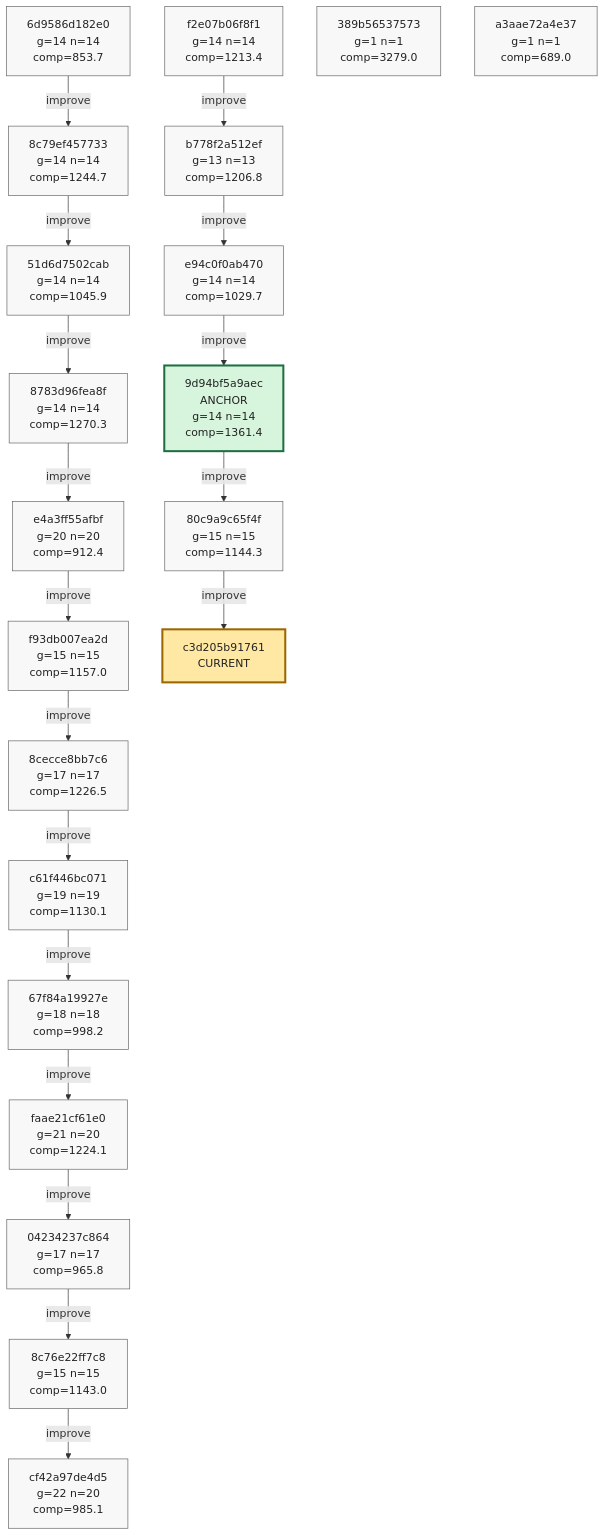
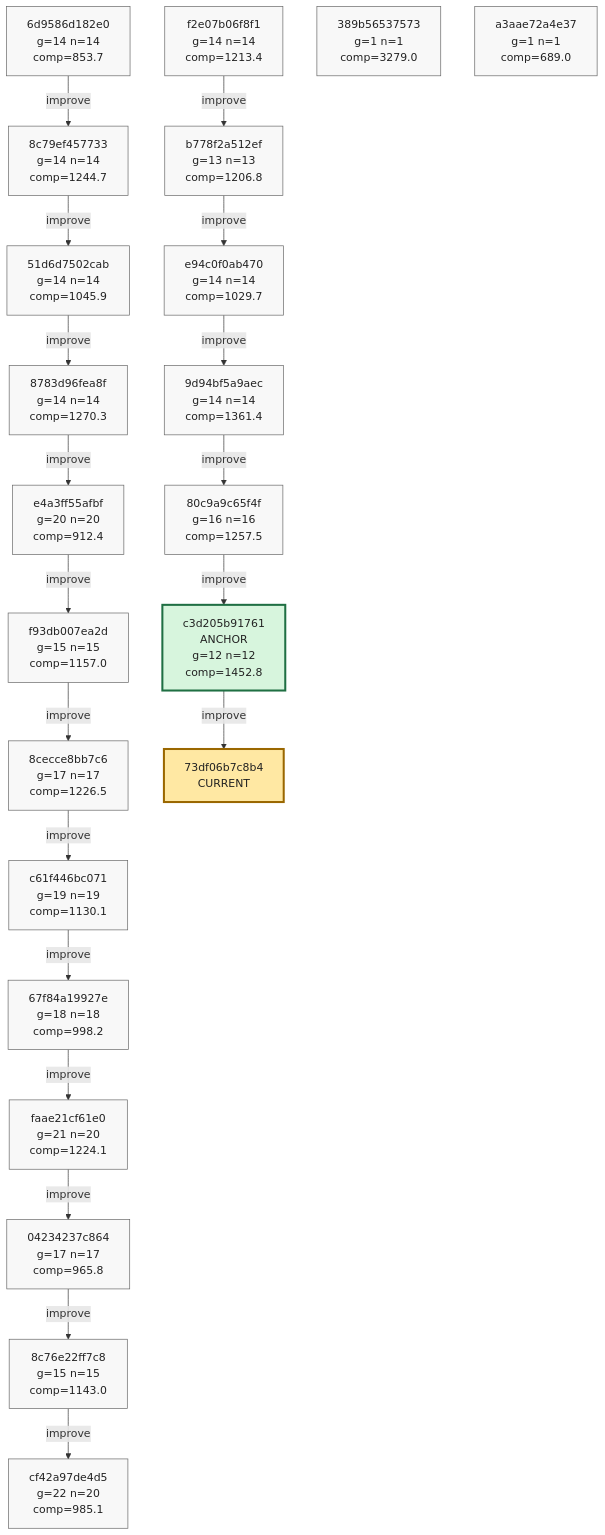
The eighth of 8 diagrams in phyrogenetic-tree.md (azumag/soviet_now), drawn with Mermaid before and after one commit. The commit also changed other lines of this file and 2 other files, not shown here.

Commit message:
eloop Improve after 12 games (scores: 4327 1793 756 1169 1195 2252 1768 3338 1450 1781 446 1252)

````diff
--- a/phyrogenetic-tree.md
+++ b/phyrogenetic-tree.md
@@ -1909,69 +1910,72 @@
 ```mermaid
 flowchart TD
     h_6d9586d182e0["6d9586d182e0<br/>g=14 n=14<br/>comp=853.7"]
     h_8c79ef457733["8c79ef457733<br/>g=14 n=14<br/>comp=1244.7"]
     h_51d6d7502cab["51d6d7502cab<br/>g=14 n=14<br/>comp=1045.9"]
     h_8783d96fea8f["8783d96fea8f<br/>g=14 n=14<br/>comp=1270.3"]
     h_e4a3ff55afbf["e4a3ff55afbf<br/>g=20 n=20<br/>comp=912.4"]
     h_f93db007ea2d["f93db007ea2d<br/>g=15 n=15<br/>comp=1157.0"]
     h_8cecce8bb7c6["8cecce8bb7c6<br/>g=17 n=17<br/>comp=1226.5"]
     h_c61f446bc071["c61f446bc071<br/>g=19 n=19<br/>comp=1130.1"]
     h_67f84a19927e["67f84a19927e<br/>g=18 n=18<br/>comp=998.2"]
     h_faae21cf61e0["faae21cf61e0<br/>g=21 n=20<br/>comp=1224.1"]
     h_04234237c864["04234237c864<br/>g=17 n=17<br/>comp=965.8"]
     h_8c76e22ff7c8["8c76e22ff7c8<br/>g=15 n=15<br/>comp=1143.0"]
     h_cf42a97de4d5["cf42a97de4d5<br/>g=22 n=20<br/>comp=985.1"]
     h_f2e07b06f8f1["f2e07b06f8f1<br/>g=14 n=14<br/>comp=1213.4"]
     h_b778f2a512ef["b778f2a512ef<br/>g=13 n=13<br/>comp=1206.8"]
     h_e94c0f0ab470["e94c0f0ab470<br/>g=14 n=14<br/>comp=1029.7"]
-    h_9d94bf5a9aec["9d94bf5a9aec<br/>ANCHOR<br/>g=14 n=14<br/>comp=1361.4"]
-    h_80c9a9c65f4f["80c9a9c65f4f<br/>g=15 n=15<br/>comp=1144.3"]
+    h_9d94bf5a9aec["9d94bf5a9aec<br/>g=14 n=14<br/>comp=1361.4"]
+    h_80c9a9c65f4f["80c9a9c65f4f<br/>g=16 n=16<br/>comp=1257.5"]
+    h_c3d205b91761["c3d205b91761<br/>ANCHOR<br/>g=12 n=12<br/>comp=1452.8"]
     h_389b56537573["389b56537573<br/>g=1 n=1<br/>comp=3279.0"]
     h_a3aae72a4e37["a3aae72a4e37<br/>g=1 n=1<br/>comp=689.0"]
-    h_c3d205b91761["c3d205b91761<br/>CURRENT"]
+    h_73df06b7c8b4["73df06b7c8b4<br/>CURRENT"]
 
     h_6d9586d182e0 -->|improve| h_8c79ef457733
     h_8c79ef457733 -->|improve| h_51d6d7502cab
     h_51d6d7502cab -->|improve| h_8783d96fea8f
     h_8783d96fea8f -->|improve| h_e4a3ff55afbf
     h_e4a3ff55afbf -->|improve| h_f93db007ea2d
     h_f93db007ea2d -->|improve| h_8cecce8bb7c6
     h_8cecce8bb7c6 -->|improve| h_c61f446bc071
     h_c61f446bc071 -->|improve| h_67f84a19927e
     h_67f84a19927e -->|improve| h_faae21cf61e0
     h_faae21cf61e0 -->|improve| h_04234237c864
     h_04234237c864 -->|improve| h_8c76e22ff7c8
     h_8c76e22ff7c8 -->|improve| h_cf42a97de4d5
     h_f2e07b06f8f1 -->|improve| h_b778f2a512ef
     h_b778f2a512ef -->|improve| h_e94c0f0ab470
     h_e94c0f0ab470 -->|improve| h_9d94bf5a9aec
     h_9d94bf5a9aec -->|improve| h_80c9a9c65f4f
     h_80c9a9c65f4f -->|improve| h_c3d205b91761
+    h_c3d205b91761 -->|improve| h_73df06b7c8b4
 
     classDef plain fill:#f8f8f8,stroke:#666,stroke-width:1px,color:#222;
     classDef current fill:#ffe8a3,stroke:#9a6700,stroke-width:3px,color:#222;
     classDef anchor fill:#d7f5dd,stroke:#1f6f43,stroke-width:3px,color:#222;
     classDef current_anchor fill:#f3e4a8,stroke:#1f6f43,stroke-width:4px,color:#222;
 
     class h_6d9586d182e0 plain;
     class h_8c79ef457733 plain;
     class h_51d6d7502cab plain;
     class h_8783d96fea8f plain;
     class h_e4a3ff55afbf plain;
     class h_f93db007ea2d plain;
     class h_8cecce8bb7c6 plain;
     class h_c61f446bc071 plain;
     class h_67f84a19927e plain;
     class h_faae21cf61e0 plain;
     class h_04234237c864 plain;
     class h_8c76e22ff7c8 plain;
     class h_cf42a97de4d5 plain;
     class h_f2e07b06f8f1 plain;
     class h_b778f2a512ef plain;
     class h_e94c0f0ab470 plain;
-    class h_9d94bf5a9aec anchor;
+    class h_9d94bf5a9aec plain;
     class h_80c9a9c65f4f plain;
+    class h_c3d205b91761 anchor;
     class h_389b56537573 plain;
     class h_a3aae72a4e37 plain;
-    class h_c3d205b91761 current;
+    class h_73df06b7c8b4 current;
 ```
````
